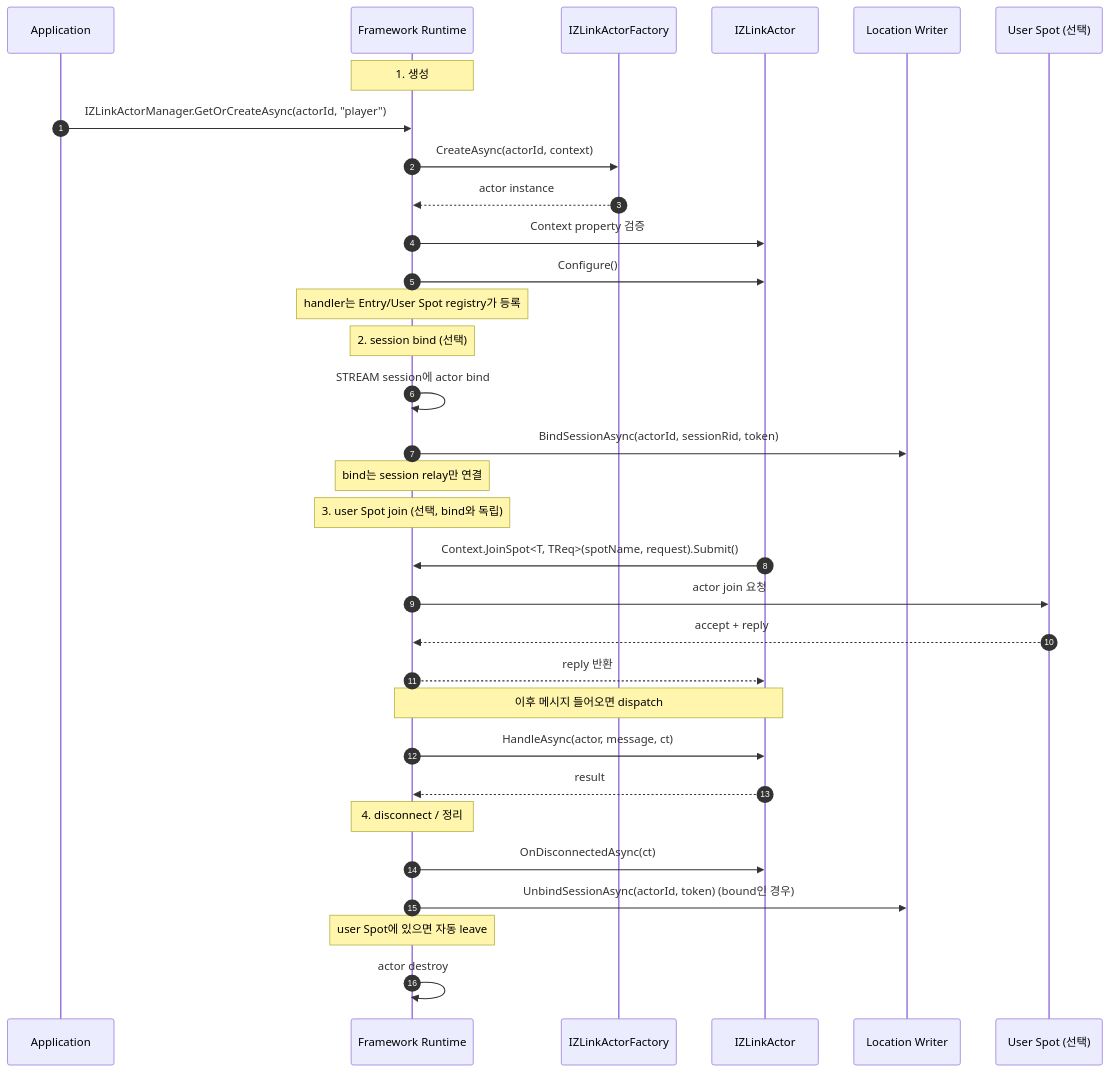
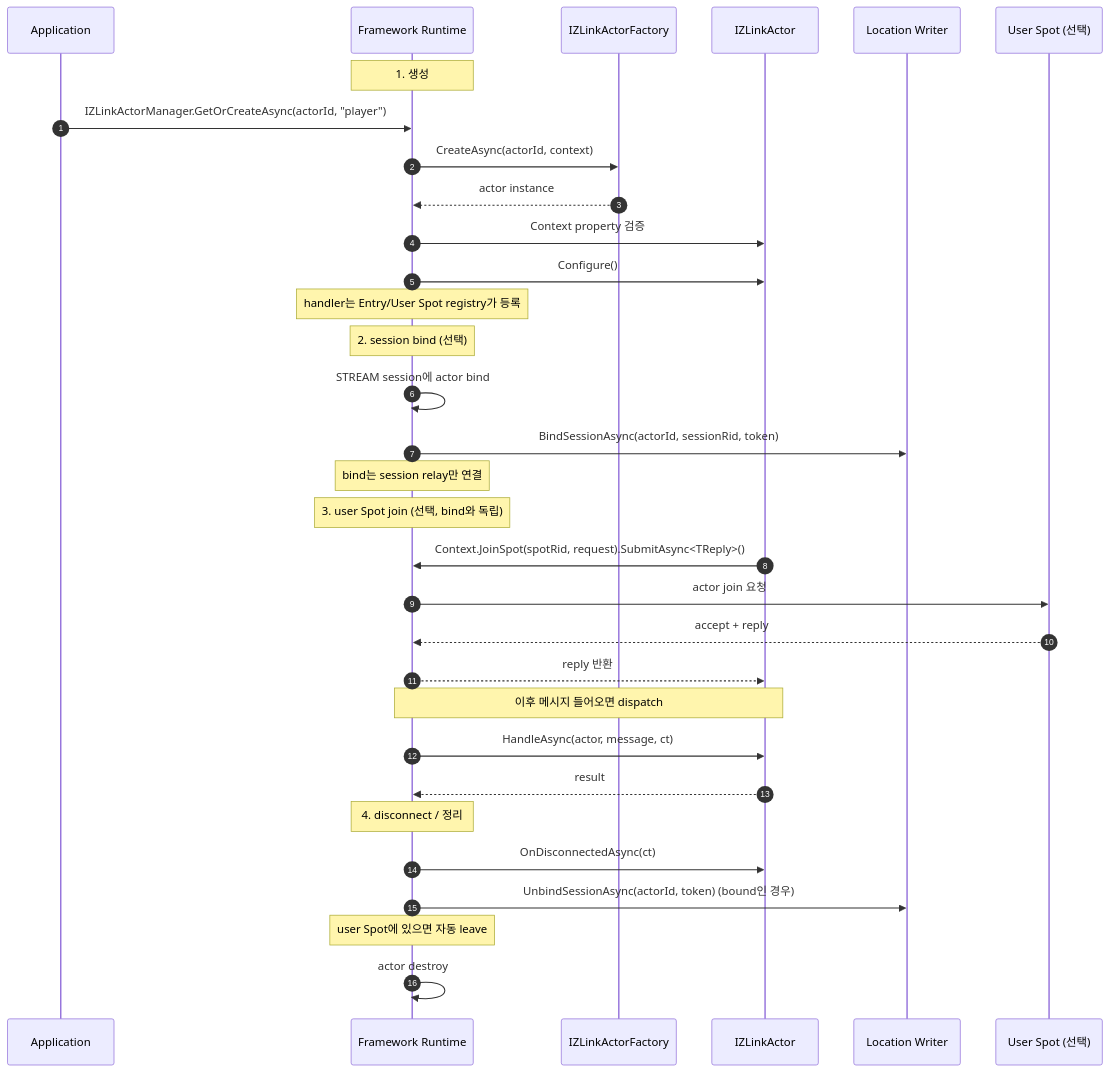
One commit to kairos-code-dev/zlink changed the first of 3 diagrams in framework/languages/dotnet/doc/spec/aspnet-core-actor.ko.md. Above: the diagram before and after it, drawn with Mermaid. The commit also changed other lines of this file and 15 other files, not shown here.

Commit message:
docs: align actor entry spot join contracts

````diff
--- a/framework/languages/dotnet/doc/spec/aspnet-core-actor.ko.md
+++ b/framework/languages/dotnet/doc/spec/aspnet-core-actor.ko.md
@@ -254,39 +254,39 @@
 ```mermaid
 sequenceDiagram
     autonumber
     participant App as Application
     participant FW as Framework Runtime
     participant Fact as IZLinkActorFactory
     participant Act as IZLinkActor
     participant Loc as Location Writer
     participant Spot as User Spot (선택)
 
     Note over FW: 1. 생성
     App->>FW: IZLinkActorManager.GetOrCreateAsync(actorId, "player")
     FW->>Fact: CreateAsync(actorId, context)
     Fact-->>FW: actor instance
     FW->>Act: Context property 검증
     FW->>Act: Configure()
     Note over FW: handler는 Entry/User Spot registry가 등록
 
     Note over FW: 2. session bind (선택)
     FW->>FW: STREAM session에 actor bind
     FW->>Loc: BindSessionAsync(actorId, sessionRid, token)
     Note over FW: bind는 session relay만 연결
 
     Note over FW: 3. user Spot join (선택, bind와 독립)
-    Act->>FW: Context.JoinSpot<T, TReq>(spotName, request).Submit()
+    Act->>FW: Context.JoinSpot(spotRid, request).SubmitAsync<TReply>()
     FW->>Spot: actor join 요청
     Spot-->>FW: accept + reply
     FW-->>Act: reply 반환
 
     Note over FW,Act: 이후 메시지 들어오면 dispatch
     FW->>Act: HandleAsync(actor, message, ct)
     Act-->>FW: result
 
     Note over FW: 4. disconnect / 정리
     FW->>Act: OnDisconnectedAsync(ct)
     FW->>Loc: UnbindSessionAsync(actorId, token) (bound인 경우)
     Note over FW: user Spot에 있으면 자동 leave
     FW->>FW: actor destroy
 ```
````
